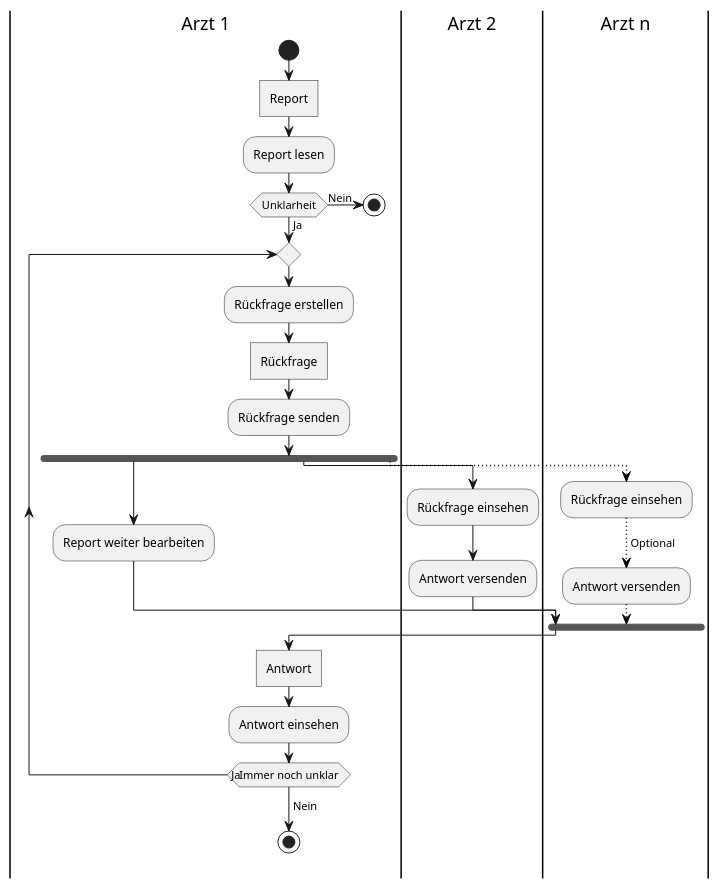
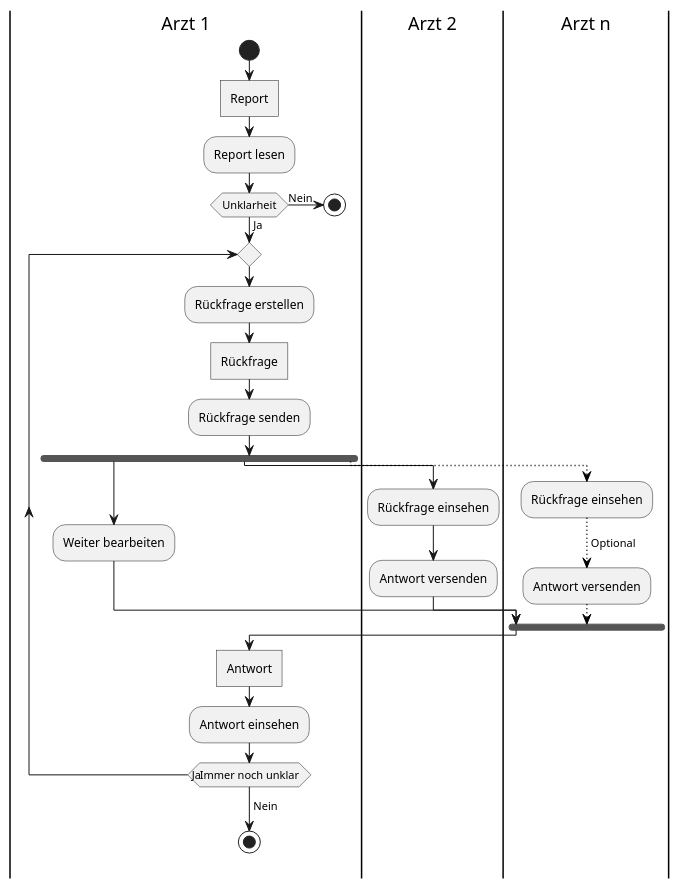
Before and after one commit to thetractor/ch.bfh.bti7081.s2019.orange: the diagram in doc/task2/activity/Rueckfragen_ertstellen_activity.puml, drawn with PlantUML. The commit also changed 1 other file, not shown here.

Commit message:
Review activity diagrams

```diff
--- a/doc/task2/activity/Rueckfragen_ertstellen_activity.puml
+++ b/doc/task2/activity/Rueckfragen_ertstellen_activity.puml
@@ -1,36 +1,36 @@
 @startuml
 |Arzt 1|
 start
  :Report]
  :Report lesen;
  if (Unklarheit) then (Ja)
     repeat
         :Rückfrage erstellen;
         :Rückfrage]
         :Rückfrage senden;
         fork
-            :Report weiter bearbeiten;
+            :Weiter bearbeiten;
         fork again
             |Arzt 2|
             :Rückfrage einsehen;
             :Antwort versenden;
         fork again
                 |Arzt n|
                 -[#black,dotted]->
                 :Rückfrage einsehen;
                 -[#black,dotted]-> Optional;
                 :Antwort versenden;
                 -[#black,dotted]->
         end fork
 
         |Arzt 1|
         :Antwort]
         :Antwort einsehen;
     repeat while (Immer noch unklar) -> Ja
     -> Nein;
     stop
  else (Nein)
     stop
 
 
 @enduml
```
